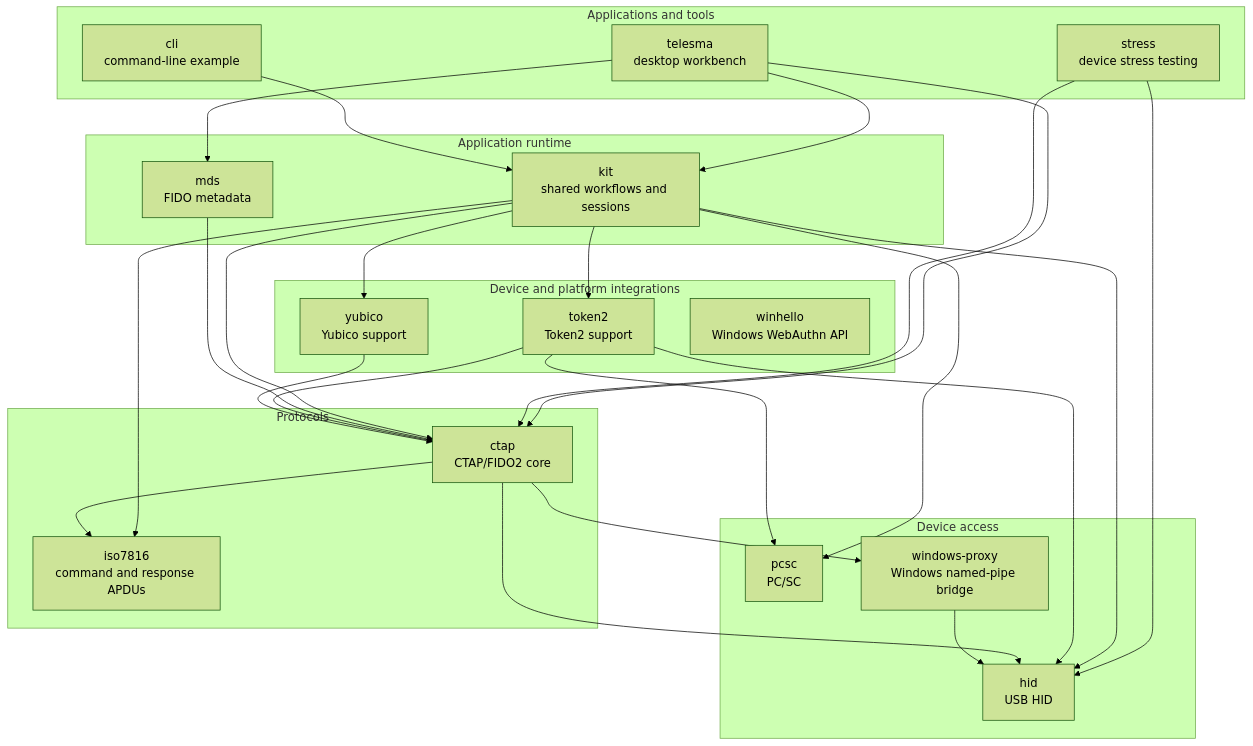
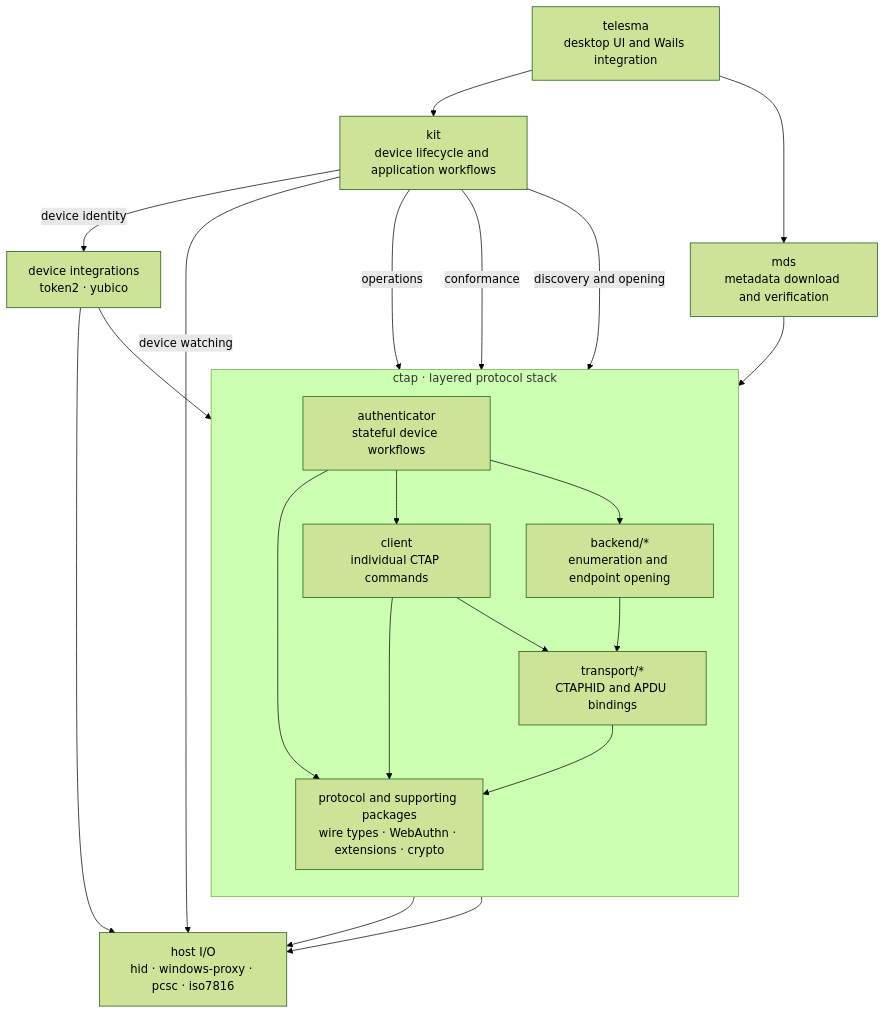
Before and after one commit to telesma-app/.github: the diagram in profile/README.md, drawn with Mermaid (forest theme). The commit also changed other lines of this file, not shown here.

Commit message:
docs(profile): align architecture diagram with CTAP layers

````diff
--- a/profile/README.md
+++ b/profile/README.md
@@ -34,52 +36,40 @@
 ```mermaid
 flowchart TB
-    subgraph applications[Applications and tools]
-        telesma["telesma<br/>desktop workbench"]
-        cli["cli<br/>command-line example"]
-        stress["stress<br/>device stress testing"]
+    telesma["telesma<br/>desktop UI and Wails integration"]
+    kit["kit<br/>device lifecycle and application workflows"]
+    mds["mds<br/>metadata download and verification"]
+
+    subgraph ctapStack["ctap · layered protocol stack"]
+        direction TB
+
+        authenticator["authenticator<br/>stateful device workflows"]
+        client["client<br/>individual CTAP commands"]
+        backends["backend/*<br/>enumeration and endpoint opening"]
+        transports["transport/*<br/>CTAPHID and APDU bindings"]
+        types["protocol and supporting packages<br/>wire types · WebAuthn · extensions · crypto"]
+
+        authenticator --> client
+        authenticator --> backends
+        client --> transports
+        backends --> transports
+        authenticator --> types
+        client --> types
+        transports --> types
     end
 
-    subgraph services[Application runtime]
-        kit["kit<br/>shared workflows and sessions"]
-        mds["mds<br/>FIDO metadata"]
-    end
-
-    subgraph integrations[Device and platform integrations]
-        token2["token2<br/>Token2 support"]
-        yubico["yubico<br/>Yubico support"]
-        winhello["winhello<br/>Windows WebAuthn API"]
-    end
-
-    subgraph protocols[Protocols]
-        ctap["ctap<br/>CTAP/FIDO2 core"]
-        iso7816["iso7816<br/>command and response APDUs"]
-    end
-
-    subgraph access[Device access]
-        hid["hid<br/>USB HID"]
-        pcsc["pcsc<br/>PC/SC"]
-        windowsProxy["windows-proxy<br/>Windows named-pipe bridge"]
-    end
+    integrations["device integrations<br/>token2 · yubico"]
+    hostIO["host I/O<br/>hid · windows-proxy · pcsc · iso7816"]
 
     telesma --> kit
     telesma --> mds
-    telesma --> ctap
-    cli --> kit
-    stress --> ctap
-    stress --> hid
-    kit --> ctap
-    kit --> token2
-    kit --> yubico
-    kit --> iso7816
-    kit --> hid
-    kit --> pcsc
-    mds --> ctap
-    token2 --> ctap
-    token2 --> hid
-    token2 --> pcsc
-    yubico --> ctap
-    ctap --> hid
-    ctap --> iso7816
-    ctap --> windowsProxy
-    windowsProxy --> hid
+    kit -->|operations| authenticator
+    kit -->|conformance| client
+    kit -->|discovery and opening| backends
+    kit -->|device identity| integrations
+    kit -->|device watching| hostIO
+    mds --> types
+    integrations --> transports
+    integrations --> hostIO
+    backends --> hostIO
+    transports --> hostIO
 ```
````
